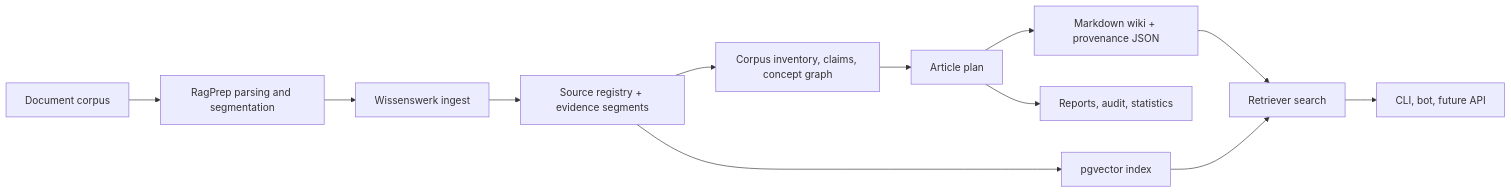
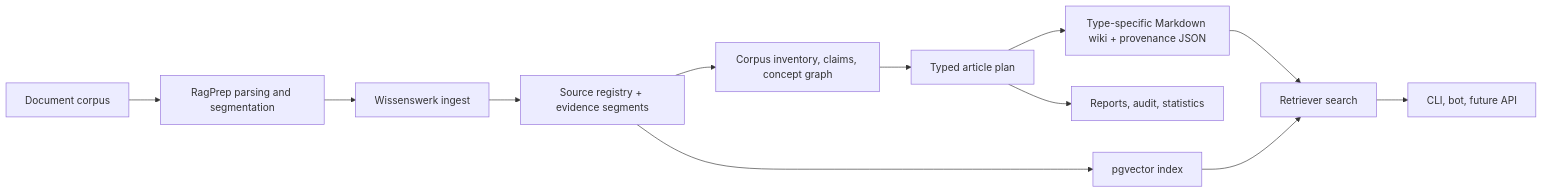
The diagram in docs/Wissenswerk/architecture.md (LeCorbeau/Wissenswerk), drawn with Mermaid before and after one commit. The commit also changed other lines of this file and 22 other files, not shown here.

Commit message:
Remove export workflow and add type-specific renderers

````diff
--- a/docs/Wissenswerk/architecture.md
+++ b/docs/Wissenswerk/architecture.md
@@ -34,14 +34,14 @@
 ```mermaid
 flowchart LR
   A["Document corpus"] --> B["RagPrep parsing and segmentation"]
   B --> C["Wissenswerk ingest"]
   C --> D["Source registry + evidence segments"]
   D --> E["Corpus inventory, claims, concept graph"]
-  E --> F["Article plan"]
-  F --> G["Markdown wiki + provenance JSON"]
+  E --> F["Typed article plan"]
+  F --> G["Type-specific Markdown wiki + provenance JSON"]
   D --> H["pgvector index"]
   G --> I["Retriever search"]
   H --> I
   I --> J["CLI, bot, future API"]
   F --> K["Reports, audit, statistics"]
 ```
````
